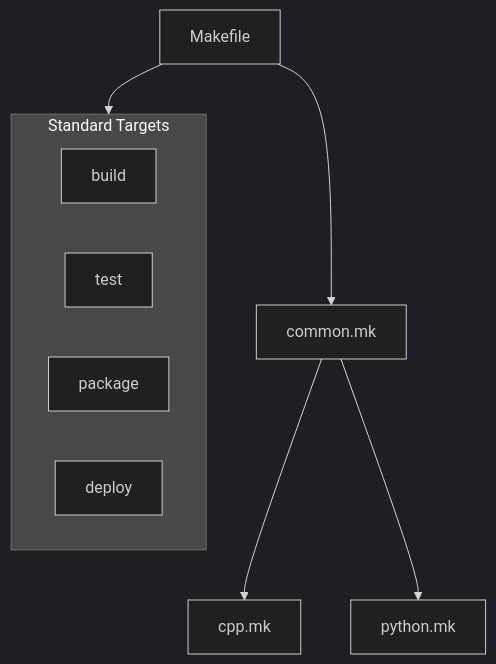
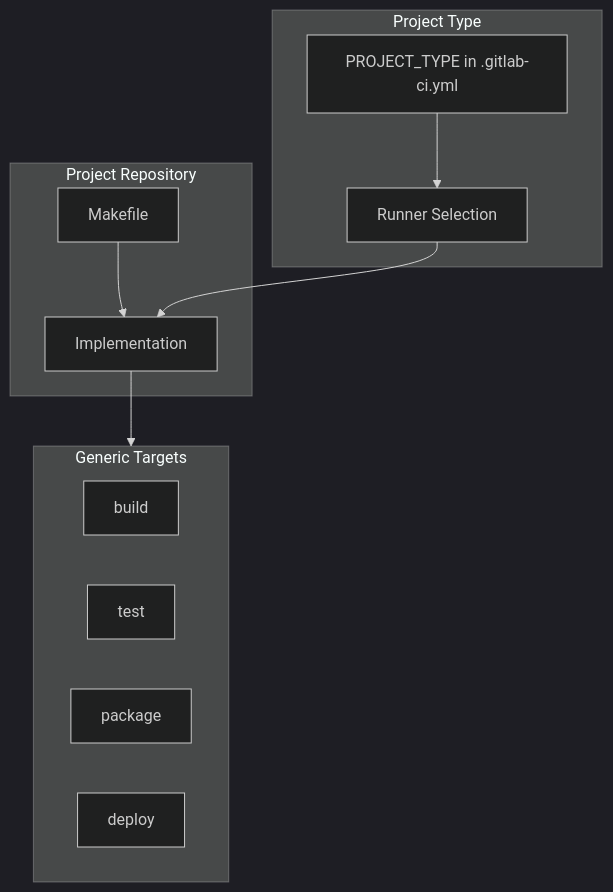
The third of 7 diagrams in memory-bank/systemPatterns.md (jlheater/test-project-123456), drawn with Mermaid (dark theme) before and after one commit. The commit also changed other lines of this file and 2 other files, not shown here.

Commit message:
Update activeContext.md and systemPatterns.md to reflect documentation restructuring and generic make targets implementation

````diff
--- a/memory-bank/systemPatterns.md
+++ b/memory-bank/systemPatterns.md
@@ -77,19 +85,25 @@
    ```mermaid
    flowchart TD
-       M["Makefile"]
-       C["common.mk"]
-       CPP["cpp.mk"]
-       PY["python.mk"]
+       subgraph Project["Project Repository"]
+           M["Makefile"]
+           I["Implementation"]
+       end
        
-       M --> C
-       C --> CPP & PY
-       
-       subgraph Targets["Standard Targets"]
+       subgraph Targets["Generic Targets"]
            B["build"]
            T["test"]
            P["package"]
            D["deploy"]
        end
        
-       M --> Targets
+       M --> I
+       I --> Targets
+       
+       subgraph Type["Project Type"]
+           V["PROJECT_TYPE in .gitlab-ci.yml"]
+           R["Runner Selection"]
+       end
+       
+       V --> R
+       R --> I
    ```
````
